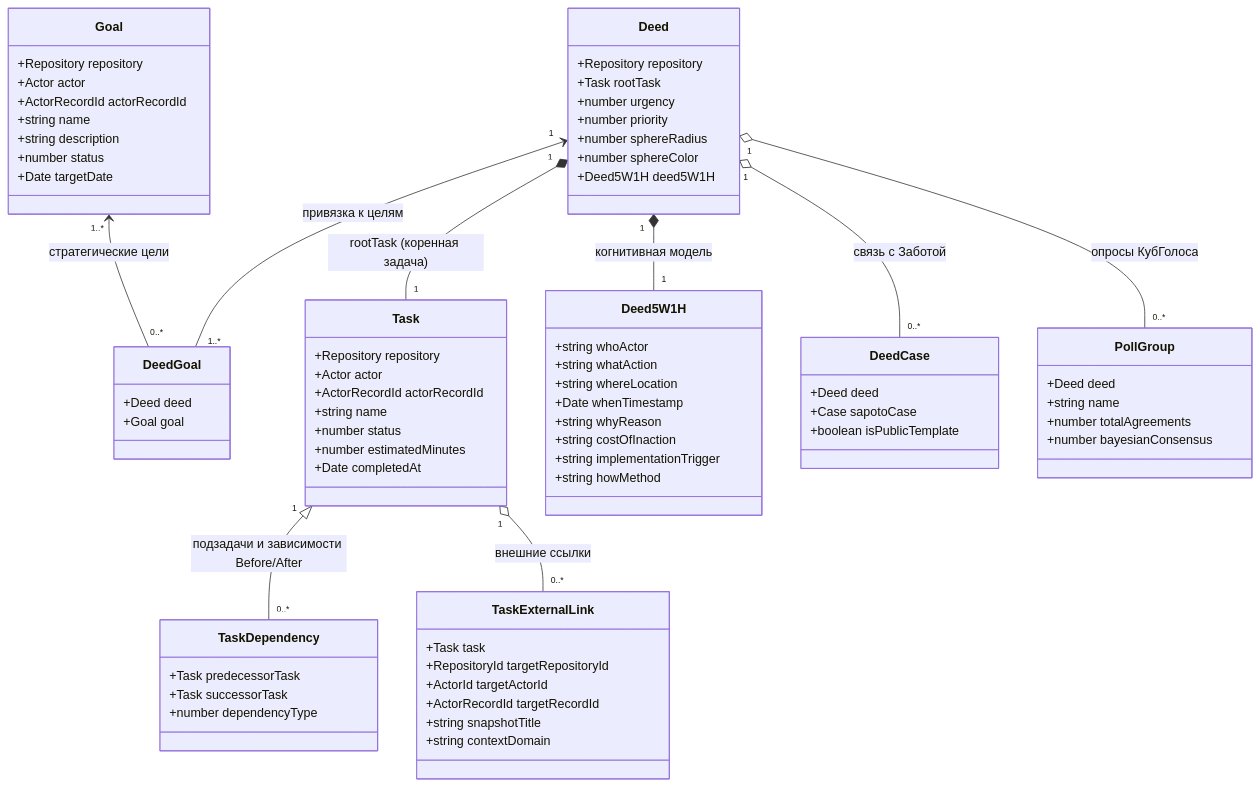
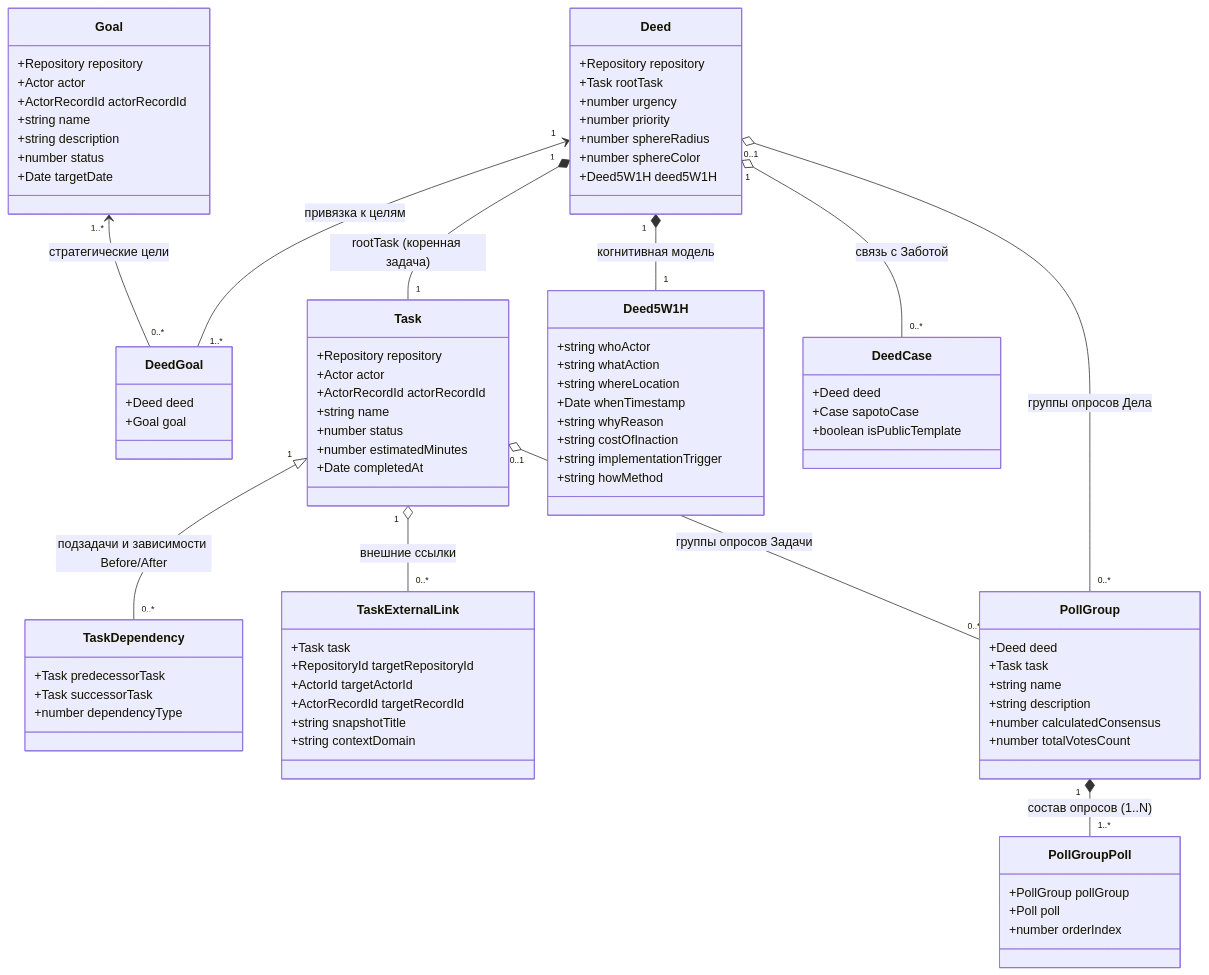
The third of 10 diagrams in shared_docs/whitepapers/applications/gogetter/GoGetter_architecture_and_functionality.md (Data-Independence-Network/presentations), drawn with Mermaid before and after one commit. The commit also changed other lines of this file, not shown here.

Commit message:
docs(gogetter): clarify PollGroup relation to Deeds and Tasks and refine state sovereignty terms

````diff
--- a/shared_docs/whitepapers/applications/gogetter/GoGetter_architecture_and_functionality.md
+++ b/shared_docs/whitepapers/applications/gogetter/GoGetter_architecture_and_functionality.md
@@ -336,9 +336,16 @@
     }
     class PollGroup {
         +Deed deed
+        +Task task
         +string name
-        +number totalAgreements
-        +number bayesianConsensus
+        +string description
+        +number calculatedConsensus
+        +number totalVotesCount
+    }
+    class PollGroupPoll {
+        +PollGroup pollGroup
+        +Poll poll
+        +number orderIndex
     }
 
     Goal "1..*" <-- "0..*" DeedGoal : стратегические цели
@@ -348,5 +355,7 @@
     Deed "1" *-- "1" Deed5W1H : когнитивная модель
     Deed "1" o-- "0..*" DeedCase : связь с Заботой
     Task "1" o-- "0..*" TaskExternalLink : внешние ссылки
-    Deed "1" o-- "0..*" PollGroup : опросы КубГолоса
+    Deed "0..1" o-- "0..*" PollGroup : группы опросов Дела
+    Task "0..1" o-- "0..*" PollGroup : группы опросов Задачи
+    PollGroup "1" *-- "1..*" PollGroupPoll : состав опросов (1..N)
 ```
````
